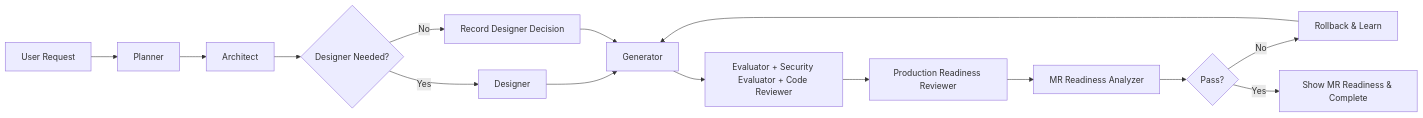
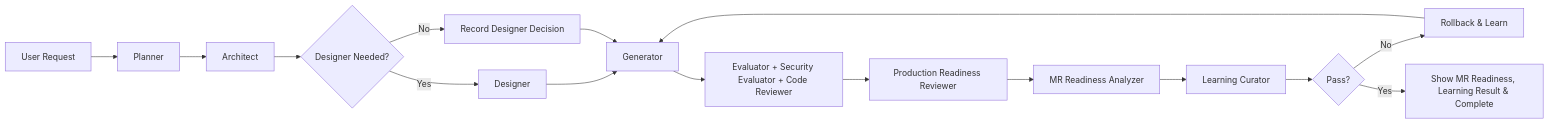
Before and after one commit to suyesh/moregan: the diagram in README.md, drawn with Mermaid. The commit also changed other lines of this file and 15 other files, not shown here.

Commit message:
Add learning curator persona

````diff
--- a/README.md
+++ b/README.md
@@ -239,17 +246,18 @@
 ```mermaid
 graph LR
     A[User Request] --> B[Planner]
     B --> C[Architect]
     C --> D{Designer Needed?}
     D -->|Yes| E[Designer]
     D -->|No| F[Record Designer Decision]
     E --> G[Generator]
     F --> G
     G --> H[Evaluator + Security Evaluator + Code Reviewer]
     H --> I[Production Readiness Reviewer]
     I --> J[MR Readiness Analyzer]
-    J --> K{Pass?}
-    K -->|No| L[Rollback & Learn]
-    L --> G
-    K -->|Yes| M[Show MR Readiness & Complete]
+    J --> K[Learning Curator]
+    K --> L{Pass?}
+    L -->|No| M[Rollback & Learn]
+    M --> G
+    L -->|Yes| N[Show MR Readiness, Learning Result & Complete]
 ```
````
